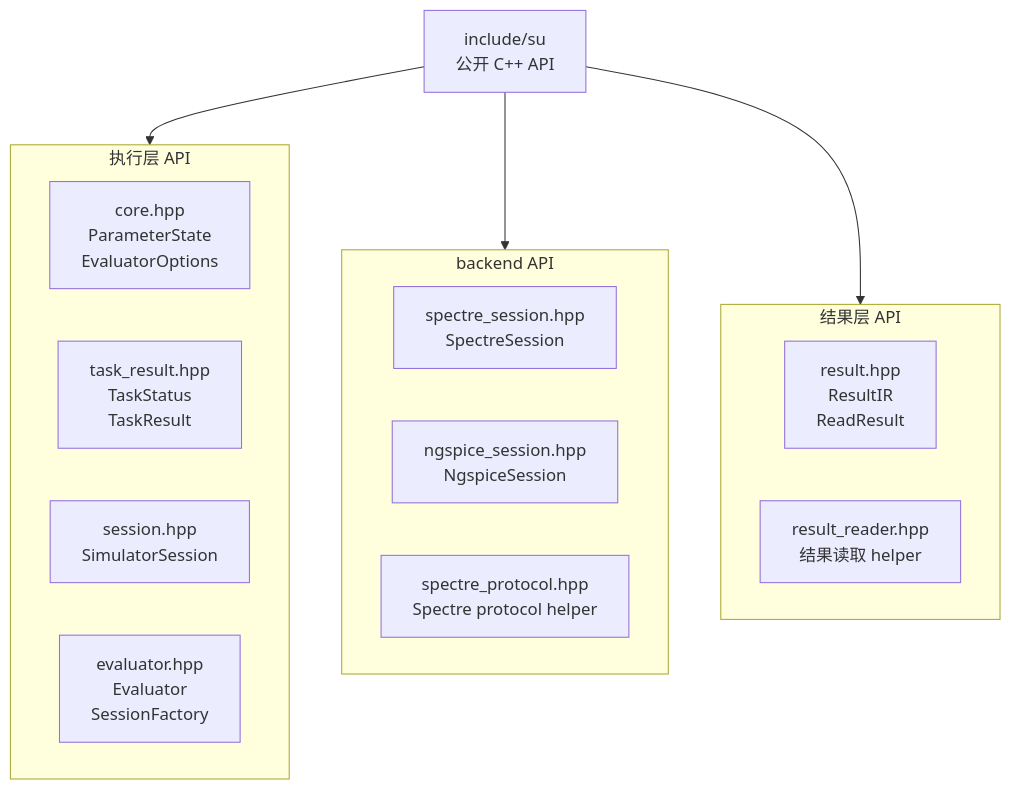
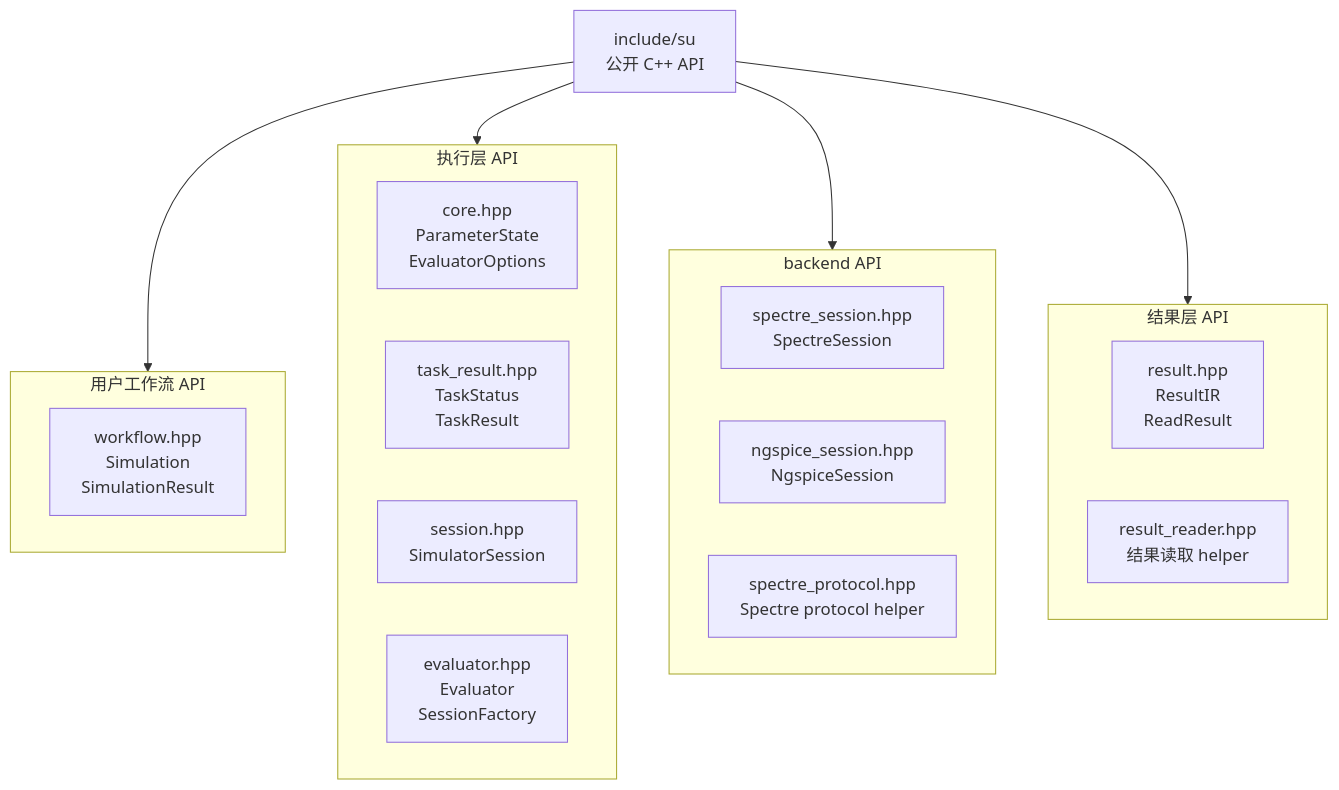
One commit to Snappersontheprowl/SPICEUnion changed the fifth of 6 diagrams in doc/develop_doc/00_项目总览/02_架构总览.md. Above: the diagram before and after it, drawn with Mermaid. The commit also changed other lines of this file and 17 other files, not shown here.

````diff
--- a/doc/develop_doc/00_项目总览/02_架构总览.md
+++ b/doc/develop_doc/00_项目总览/02_架构总览.md
@@ -245,26 +270,31 @@
 ```mermaid
 flowchart TB
     Include["include/su<br/>公开 C++ API"]
+
+    subgraph WorkflowAPIGroup["用户工作流 API"]
+        WorkflowH["workflow.hpp<br/>Simulation<br/>SimulationResult"]
+    end
 
     subgraph ExecAPI["执行层 API"]
         CoreH["core.hpp<br/>ParameterState<br/>EvaluatorOptions"]
         TaskH["task_result.hpp<br/>TaskStatus<br/>TaskResult"]
         SessionH["session.hpp<br/>SimulatorSession"]
         EvalH["evaluator.hpp<br/>Evaluator<br/>SessionFactory"]
     end
 
     subgraph BackendAPI["backend API"]
         SpectreH["spectre_session.hpp<br/>SpectreSession"]
         NgspiceH["ngspice_session.hpp<br/>NgspiceSession"]
         ProtocolH["spectre_protocol.hpp<br/>Spectre protocol helper"]
     end
 
     subgraph ResultAPI["结果层 API"]
         ResultH["result.hpp<br/>ResultIR<br/>ReadResult"]
         ReaderH["result_reader.hpp<br/>结果读取 helper"]
     end
 
+    Include --> WorkflowAPIGroup
     Include --> ExecAPI
     Include --> BackendAPI
     Include --> ResultAPI
 ```
````
